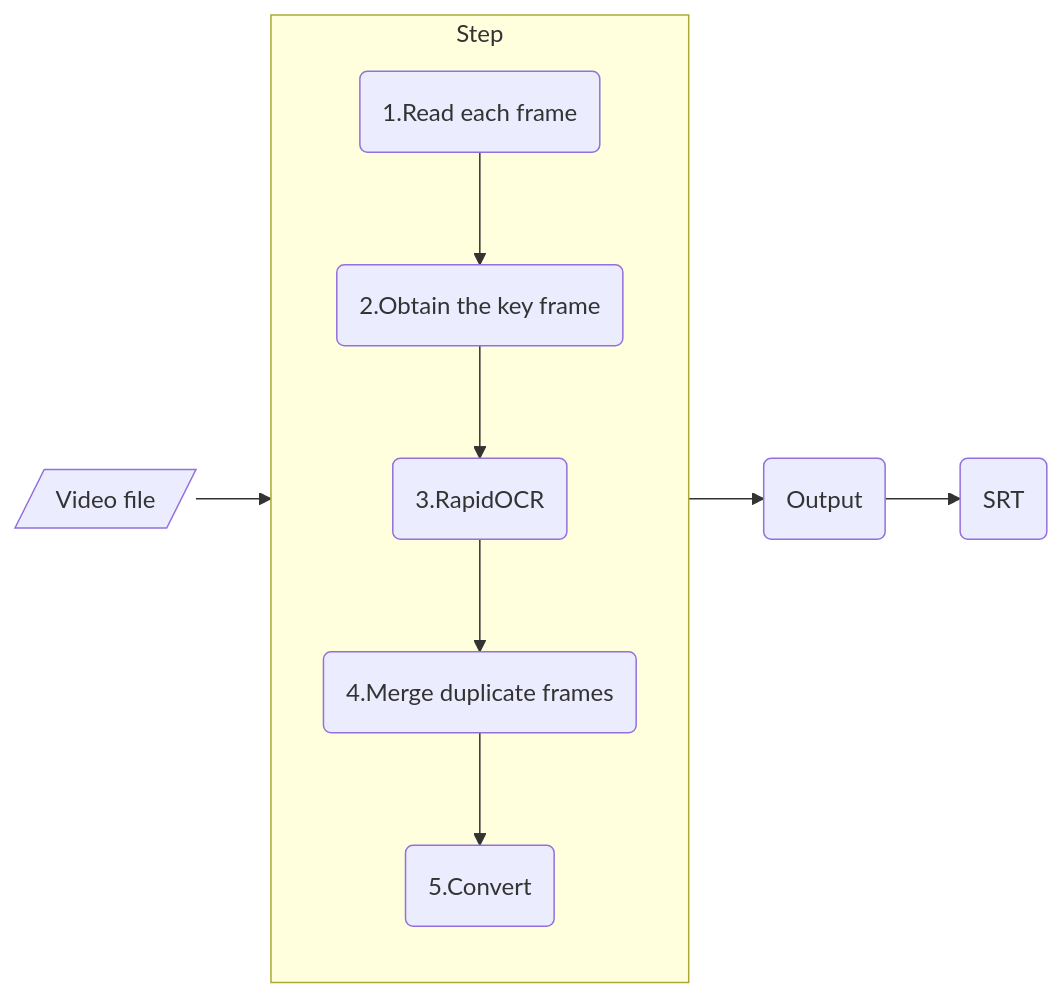
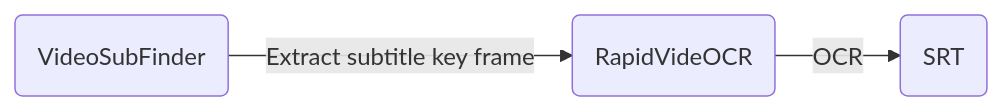
The diagram in docs/README_en.md (SWHL/RapidVideOCR), drawn with Mermaid before and after one commit. The commit also changed other lines of this file and 3 other files, not shown here.

````diff
--- a/docs/README_en.md
+++ b/docs/README_en.md
@@ -98,9 +46,4 @@
 ```mermaid
 flowchart LR
-	subgraph Step
-	direction TB
-	B(1.Read each frame) --> C(2.Obtain the key frame) --> D(3.RapidOCR) --> E(4.Merge duplicate frames) --> F(5.Convert)
-	end
-
-	A[/Video file/] --> Step --> M(Output) --> H(SRT)
+     A(VideoSubFinder) --Extract subtitle key frame--> B(RapidVideOCR) --OCR--> C(SRT)
 ```
````
